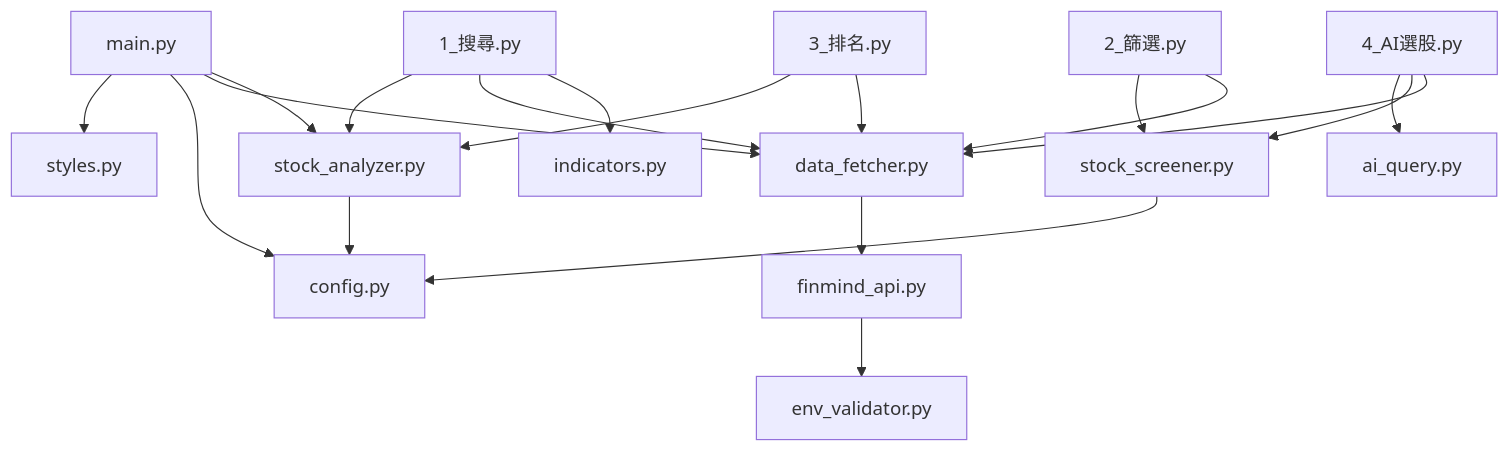
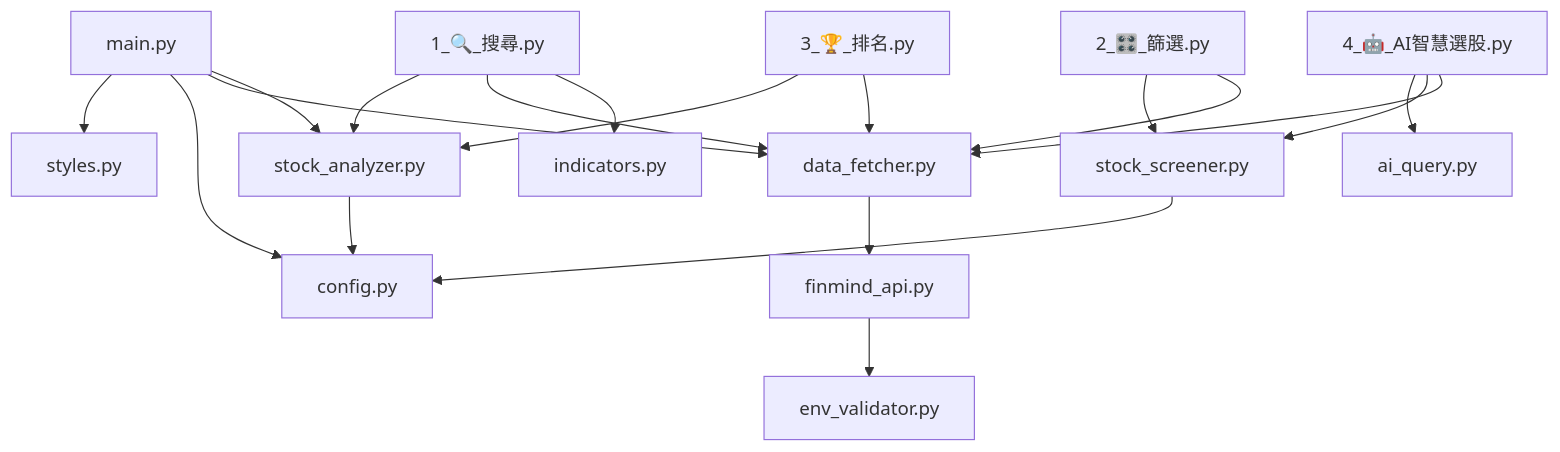
Before and after one commit to D1204387/twstock-selector: the fourth of 4 diagrams in docs/系統架構圖.md, drawn with Mermaid. The commit also changed other lines of this file and 15 other files, not shown here.

Commit message:
feat: Update stock screener logic and configurations.

````diff
--- a/docs/系統架構圖.md
+++ b/docs/系統架構圖.md
@@ -129,26 +204,26 @@
 ```mermaid
 graph TD
     main[main.py] --> styles[styles.py]
     main --> config[config.py]
     main --> data_fetcher[data_fetcher.py]
     main --> stock_analyzer[stock_analyzer.py]
 
-    pages1[1_搜尋.py] --> stock_analyzer
+  pages1[1_🔍_搜尋.py] --> stock_analyzer
     pages1 --> data_fetcher
     pages1 --> indicators[indicators.py]
 
-    pages2[2_篩選.py] --> stock_screener[stock_screener.py]
+  pages2[2_🎛️_篩選.py] --> stock_screener[stock_screener.py]
     pages2 --> data_fetcher
 
-    pages3[3_排名.py] --> stock_analyzer
+  pages3[3_🏆_排名.py] --> stock_analyzer
     pages3 --> data_fetcher
 
-    pages4[4_AI選股.py] --> ai_query[ai_query.py]
+  pages4[4_🤖_AI智慧選股.py] --> ai_query[ai_query.py]
     pages4 --> stock_screener
     pages4 --> data_fetcher
 
     stock_analyzer --> config
     stock_screener --> config
     data_fetcher --> finmind_api[finmind_api.py]
     finmind_api --> env_validator[env_validator.py]
 ```
````
